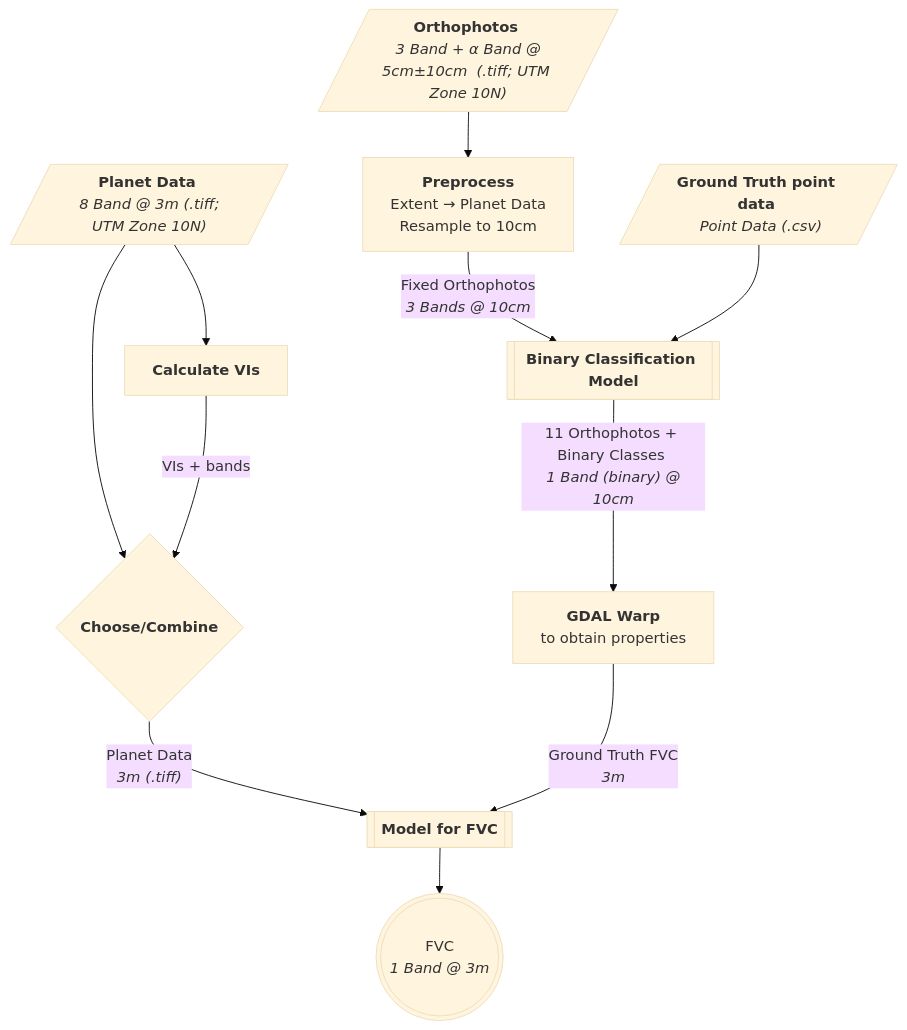
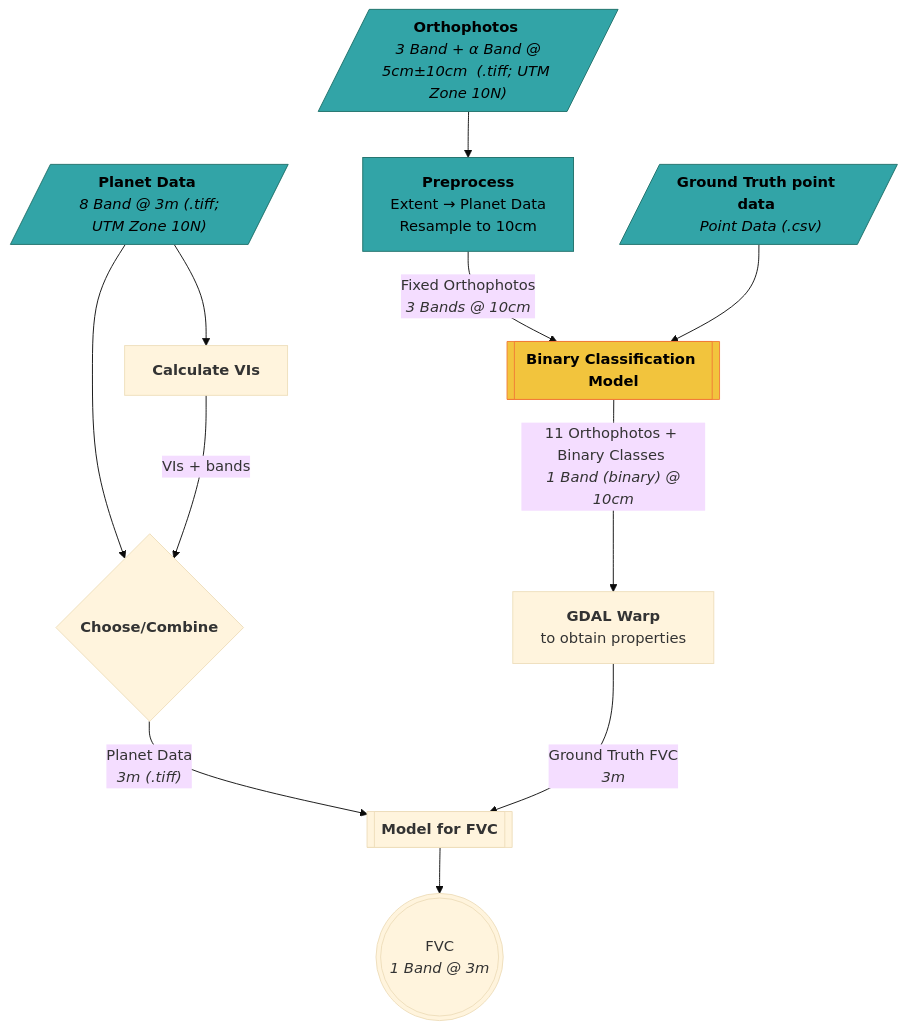
One commit to brittbarreto/FracVeg292 changed the diagram in README.md. Above: the diagram before and after it, drawn with Mermaid (base theme). The commit also changed other lines of this file, not shown here.

Commit message:
Add status colors to project diagram

````diff
--- a/README.md
+++ b/README.md
@@ -6,29 +11,37 @@
 ```mermaid
 flowchart TD
     GT[/"<b>Ground Truth point data</b> <br/> <i>Point Data (.csv)</i>"/]
     OP[/"<b>Orthophotos</b> <br/> <i>3 Band + α Band @ 5cm±10cm  (.tiff; UTM Zone 10N)</i>"/]
     PD[/"<b>Planet Data</b> <br/> <i>8 Band @ 3m (.tiff; UTM Zone 10N)</i>"/]
 
     PPR["<b>Preprocess</b> <br/> Extent → Planet Data <br/> Resample to 10cm"]
     BNC[[<b>Binary Classification Model</b>]]
     GDLW[<b>GDAL Warp</b> <br/> to obtain properties]
     VIS[<b>Calculate VIs</b>]
     MFVC[[<b>Model for FVC</b>]]
     CHOOSE{<b>Choose/Combine</b>}
 
     FVC((("FVC <br> <i>1 Band @ 3m</i>")))
 
     PD -->VIS
     PD -->CHOOSE
     VIS -->|"VIs + bands"|CHOOSE
     CHOOSE -->|"Planet Data <br/> <i>3m (.tiff)</i>"|MFVC
 
 
     OP -->PPR
     PPR -->|"Fixed Orthophotos <br/> <i>3 Bands @ 10cm</i>"|BNC
     BNC -->|"11 Orthophotos + Binary Classes <br> <i>1 Band (binary) @ 10cm</i> "|GDLW
     GDLW -->|Ground Truth FVC <br/> <i>3m</i>|MFVC
     MFVC -->FVC
 
     GT -->BNC
+
+    style OP fill:#32a4a7,stroke:#1e7069,color:#000
+    style PD fill:#32a4a7,stroke:#1e7069,color:#000
+    style GT fill:#32a4a7,stroke:#1e7069,color:#000
+
+    style PPR fill:#32a4a7,stroke:#1e7069,color:#000
+
+    style BNC fill:#f2c43d,stroke:#f17c37,color:#000
 ```
````
